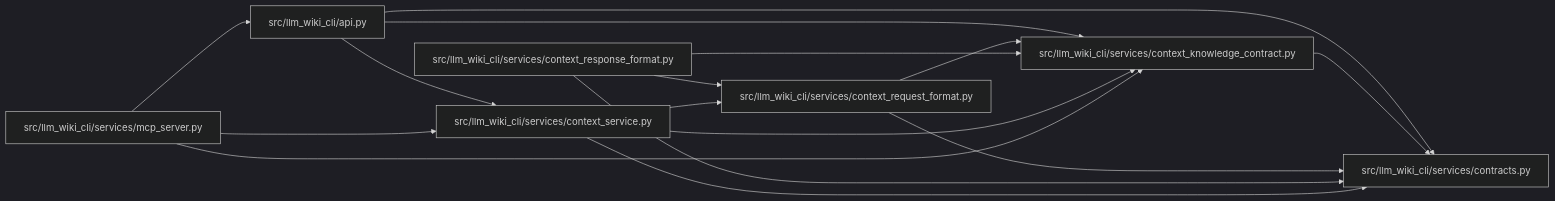
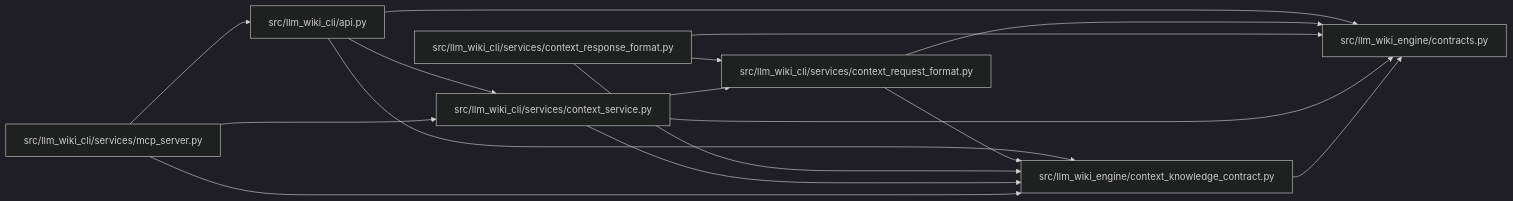
The diagram in docs/llm_wiki/modules/context_knowledge_contract.md (Denissvgn/python-wiki-llm), drawn with Mermaid (dark theme) before and after one commit. The commit also changed other lines of this file and 1103 other files, not shown here.

First line of the commit message:
docs: refresh the wiki for the llm-wiki-engine distribution

````diff
--- a/docs/llm_wiki/modules/context_knowledge_contract.md
+++ b/docs/llm_wiki/modules/context_knowledge_contract.md
@@ -34,32 +34,32 @@
 ```mermaid
 flowchart LR
     n0["src/llm_wiki_cli/api.py"]
-    n1["src/llm_wiki_cli/services/context_knowledge_contract.py"]
-    n2["src/llm_wiki_cli/services/context_request_format.py"]
-    n3["src/llm_wiki_cli/services/context_response_format.py"]
-    n4["src/llm_wiki_cli/services/context_service.py"]
-    n5["src/llm_wiki_cli/services/contracts.py"]
-    n6["src/llm_wiki_cli/services/mcp_server.py"]
-    n0 --> n1
-    n0 --> n4
+    n1["src/llm_wiki_cli/services/context_request_format.py"]
+    n2["src/llm_wiki_cli/services/context_response_format.py"]
+    n3["src/llm_wiki_cli/services/context_service.py"]
+    n4["src/llm_wiki_cli/services/mcp_server.py"]
+    n5["src/llm_wiki_engine/context_knowledge_contract.py"]
+    n6["src/llm_wiki_engine/contracts.py"]
+    n0 --> n3
     n0 --> n5
+    n0 --> n6
     n1 --> n5
+    n1 --> n6
     n2 --> n1
     n2 --> n5
+    n2 --> n6
     n3 --> n1
-    n3 --> n2
     n3 --> n5
-    n4 --> n1
-    n4 --> n2
+    n3 --> n6
+    n4 --> n0
+    n4 --> n3
     n4 --> n5
-    n6 --> n0
-    n6 --> n1
-    n6 --> n4
+    n5 --> n6
     click n0 "../modules/api.md"
-    click n1 "../modules/context_knowledge_contract.md"
-    click n2 "../modules/context_request_format.md"
-    click n3 "../modules/context_response_format.md"
-    click n4 "../modules/context_service.md"
-    click n5 "../modules/services_contracts.md"
-    click n6 "../modules/mcp_server.md"
+    click n1 "../modules/context_request_format.md"
+    click n2 "../modules/context_response_format.md"
+    click n3 "../modules/context_service.md"
+    click n4 "../modules/mcp_server.md"
+    click n5 "../modules/context_knowledge_contract.md"
+    click n6 "../modules/llm_wiki_engine_contracts.md"
 ```
````
